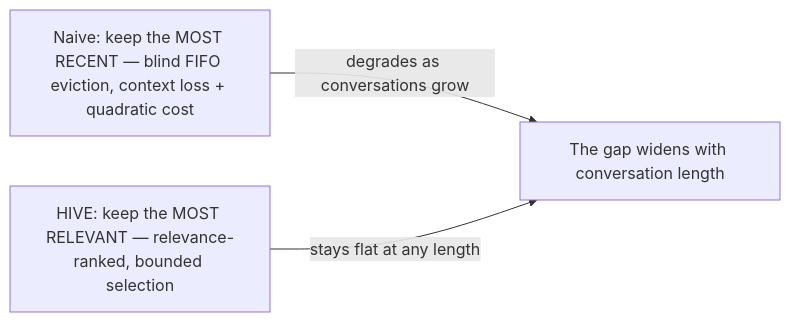
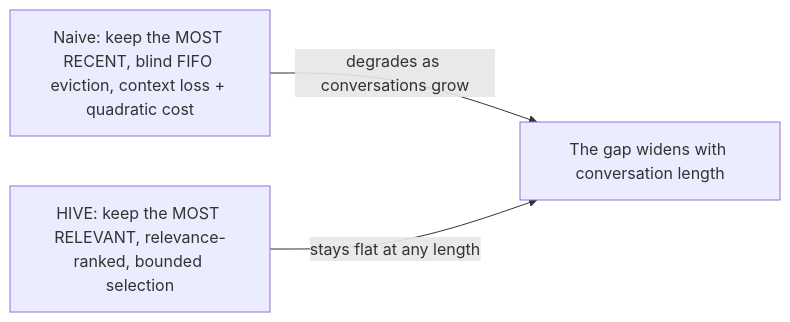
One commit to sky-is-green/hive-memory changed the second of 6 diagrams in HIVE-WHITE-PAPER.md. Above: the diagram before and after it, drawn with Mermaid. The commit also changed other lines of this file and 3 other files, not shown here.

````diff
--- a/HIVE-WHITE-PAPER.md
+++ b/HIVE-WHITE-PAPER.md
@@ -73,7 +73,7 @@
 ```mermaid
 flowchart LR
-    NAIVE["Naive: keep the MOST RECENT — blind FIFO eviction, context loss + quadratic cost"]
-    HIVE["HIVE: keep the MOST RELEVANT — relevance-ranked, bounded selection"]
+    NAIVE["Naive: keep the MOST RECENT, blind FIFO eviction, context loss + quadratic cost"]
+    HIVE["HIVE: keep the MOST RELEVANT, relevance-ranked, bounded selection"]
     NAIVE -->|"degrades as conversations grow"| GAP["The gap widens with conversation length"]
     HIVE -->|"stays flat at any length"| GAP
 ```
````
